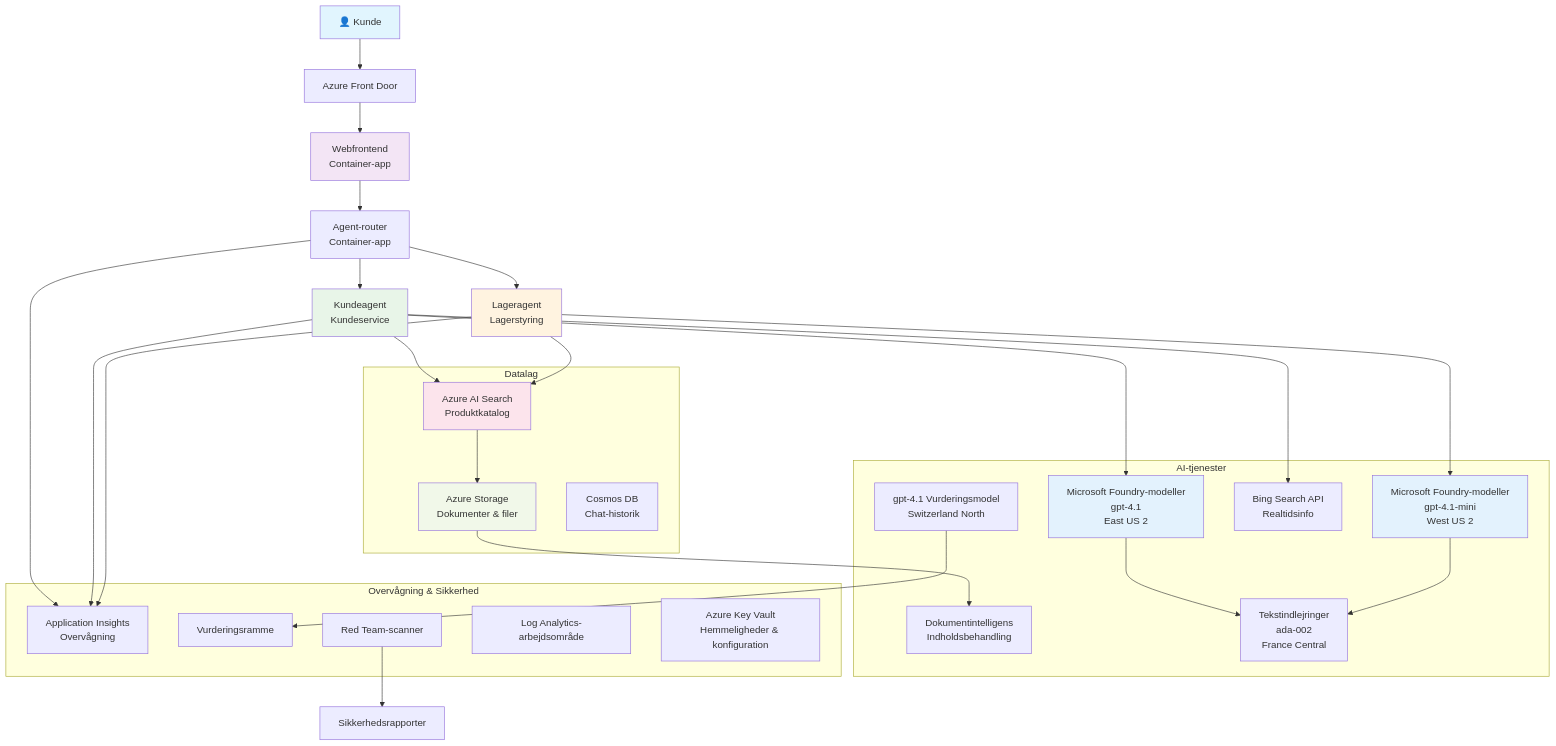
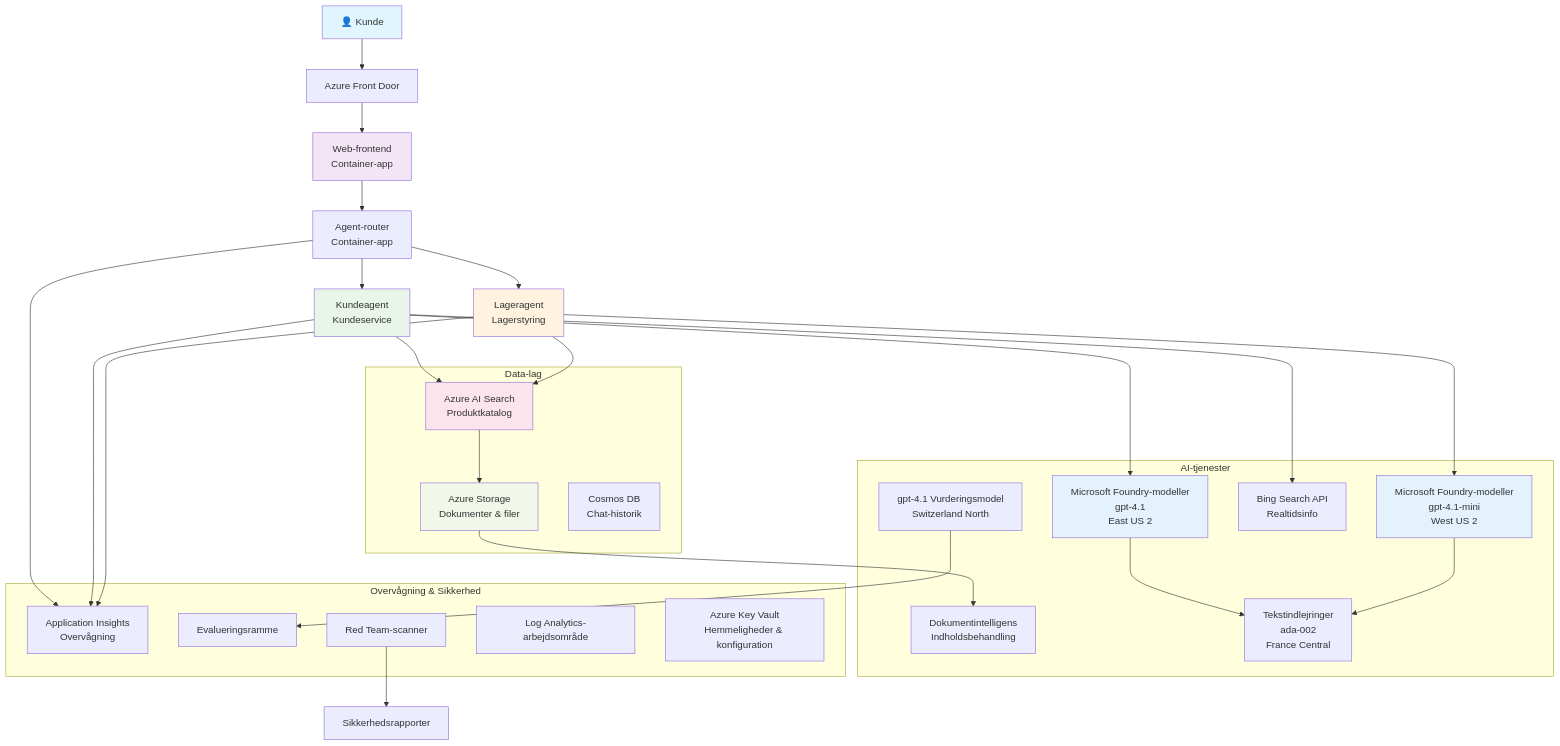
Before and after one commit to microsoft/AZD-for-beginners: the diagram in translations/da/examples/retail-scenario.md, drawn with Mermaid. The commit also changed other lines of this file and 104 other files, not shown here.

````diff
--- a/translations/da/examples/retail-scenario.md
+++ b/translations/da/examples/retail-scenario.md
@@ -139,61 +139,61 @@
 ```mermaid
 graph TB
     User[👤 Kunde] --> LB[Azure Front Door]
-    LB --> WebApp[Webfrontend<br/>Container-app]
+    LB --> WebApp[Web-frontend<br/>Container-app]
     
     WebApp --> Router[Agent-router<br/>Container-app]
     Router --> CustomerAgent[Kundeagent<br/>Kundeservice]
     Router --> InvAgent[Lageragent<br/>Lagerstyring]
     
     CustomerAgent --> OpenAI1[Microsoft Foundry-modeller<br/>gpt-4.1<br/>East US 2]
     InvAgent --> OpenAI2[Microsoft Foundry-modeller<br/>gpt-4.1-mini<br/>West US 2]
     
     CustomerAgent --> AISearch[Azure AI Search<br/>Produktkatalog]
     CustomerAgent --> BingSearch[Bing Search API<br/>Realtidsinfo]
     InvAgent --> AISearch
     
     AISearch --> Storage[Azure Storage<br/>Dokumenter & filer]
     Storage --> DocIntel[Dokumentintelligens<br/>Indholdsbehandling]
     
     OpenAI1 --> Embeddings[Tekstindlejringer<br/>ada-002<br/>France Central]
     OpenAI2 --> Embeddings
     
     Router --> AppInsights[Application Insights<br/>Overvågning]
     CustomerAgent --> AppInsights
     InvAgent --> AppInsights
     
-    GraderModel[gpt-4.1 Vurderingsmodel<br/>Switzerland North] --> Evaluation[Vurderingsramme]
+    GraderModel[gpt-4.1 Vurderingsmodel<br/>Switzerland North] --> Evaluation[Evalueringsramme]
     RedTeam[Red Team-scanner] --> SecurityReports[Sikkerhedsrapporter]
     
-    subgraph "Datalag"
+    subgraph "Data-lag"
         Storage
         AISearch
         CosmosDB[Cosmos DB<br/>Chat-historik]
     end
     
     subgraph "AI-tjenester"
         OpenAI1
         OpenAI2
         Embeddings
         GraderModel
         DocIntel
         BingSearch
     end
     
     subgraph "Overvågning & Sikkerhed"
         AppInsights
         LogAnalytics[Log Analytics-arbejdsområde]
         KeyVault[Azure Key Vault<br/>Hemmeligheder & konfiguration]
         RedTeam
         Evaluation
     end
     
     style User fill:#e1f5fe
     style WebApp fill:#f3e5f5
     style CustomerAgent fill:#e8f5e8
     style InvAgent fill:#fff3e0
     style OpenAI1 fill:#e3f2fd
     style OpenAI2 fill:#e3f2fd
     style AISearch fill:#fce4ec
     style Storage fill:#f1f8e9
 ```
````
